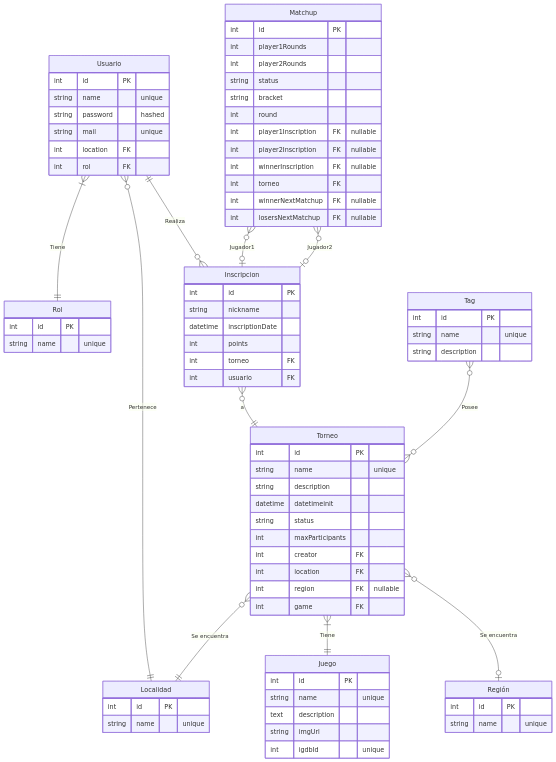
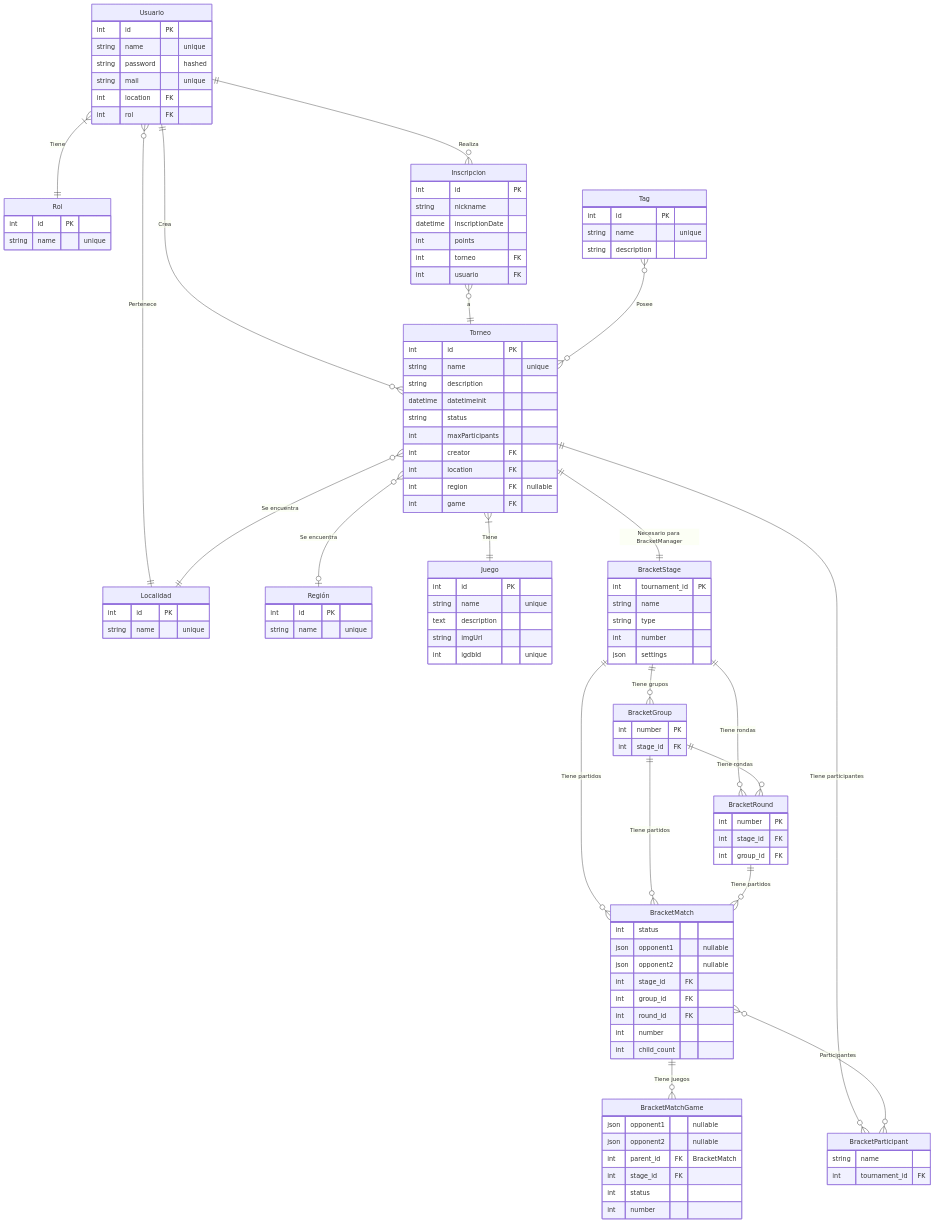
One commit to MarthQ/gestion-torneos-dsw changed the diagram in README.md. Above: the diagram before and after it, drawn with Mermaid. The commit also changed other lines of this file, not shown here.

Commit message:
Updated proposal. Added bracket entities to mermaid DER and explanation to why these are a thing

````diff
--- a/README.md
+++ b/README.md
@@ -92,22 +92,52 @@
 int usuario FK
 }
 
-Matchup {
-int id PK
-int player1Rounds
-int player2Rounds
-string status
-string bracket
-int round
-int player1Inscription FK "nullable"
-int player2Inscription FK "nullable"
-int winnerInscription FK "nullable"
-int torneo FK
-int winnerNextMatchup FK "nullable"
-int losersNextMatchup FK "nullable"
+BracketStage {
+int tournament_id PK
+string name
+string type
+int number
+json settings
+}
+
+BracketGroup {
+int number PK
+int stage_id FK
+}
+
+BracketRound {
+int number PK
+int stage_id FK
+int group_id FK
+}
+
+BracketMatch {
+int status
+json opponent1 "nullable"
+json opponent2 "nullable"
+int stage_id FK
+int group_id FK
+int round_id FK
+int number
+int child_count
+}
+
+BracketMatchGame {
+json opponent1 "nullable"
+json opponent2 "nullable"
+int parent_id FK "BracketMatch"
+int stage_id FK
+int status
+int number
+}
+
+BracketParticipant {
+string name
+int tournament_id FK
 }
 
     Usuario }|--|| Rol: Tiene
+    Usuario ||--o{ Torneo: Crea
     Usuario }o--|| Localidad: Pertenece
     Usuario ||--o{ Inscripcion: Realiza
 
@@ -119,6 +149,17 @@
 
     Tag }o--o{ Torneo: Posee
 
-    Matchup }o--o| Inscripcion: Jugador1
-    Matchup }o--o| Inscripcion: Jugador2
+    %% Relaciones de Bracket (jerarquía real implementada)
+    Torneo ||--|| BracketStage: "Necesario para BracketManager"
+    Torneo ||--o{ BracketParticipant: "Tiene participantes"
+    BracketStage ||--o{ BracketGroup: "Tiene grupos"
+    BracketStage ||--o{ BracketRound: "Tiene rondas"
+    BracketStage ||--o{ BracketMatch: "Tiene partidos"
+    BracketGroup ||--o{ BracketRound: "Tiene rondas"
+    BracketGroup ||--o{ BracketMatch: "Tiene partidos"
+    BracketRound ||--o{ BracketMatch: "Tiene partidos"
+    BracketMatch ||--o{ BracketMatchGame: "Tiene juegos"
+    BracketMatch }o--o{ BracketParticipant: "Participantes"
+
+
 ```
````
